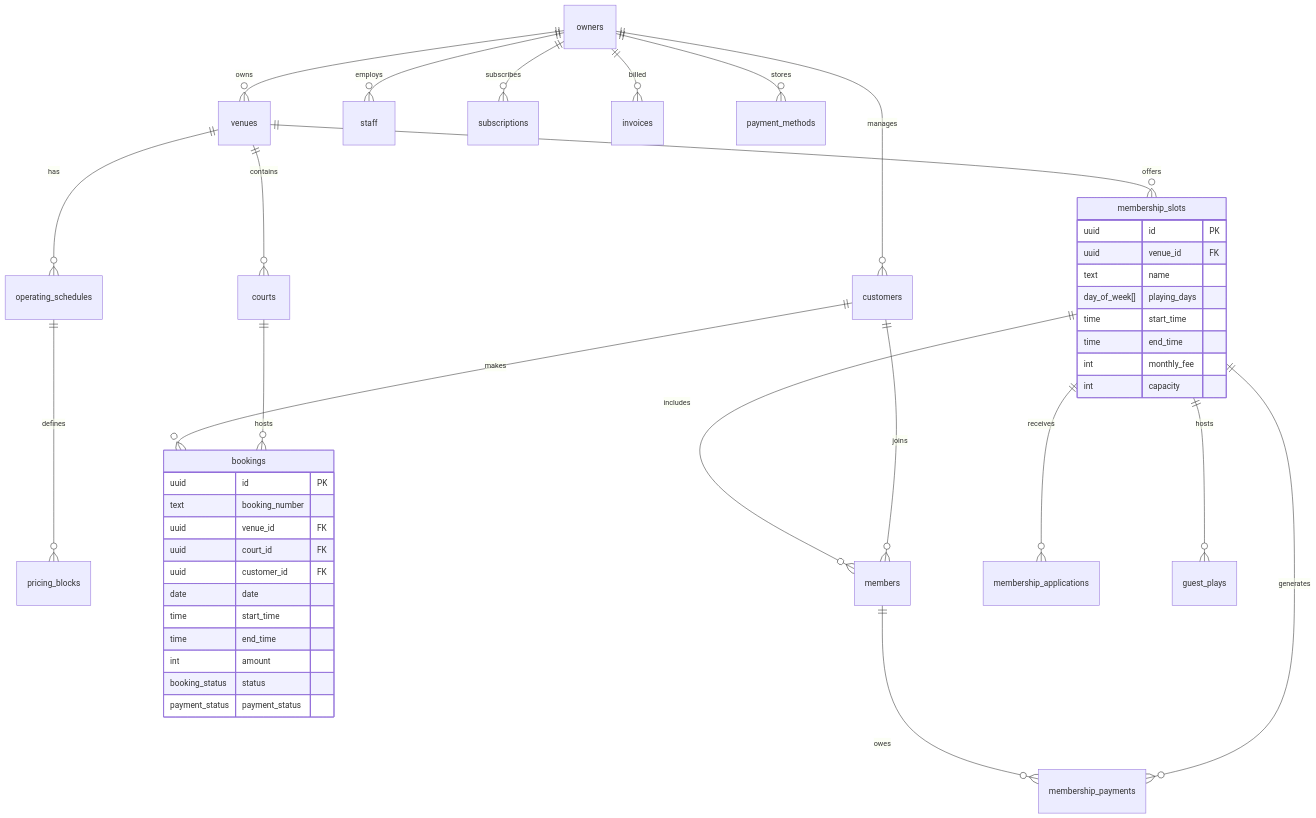
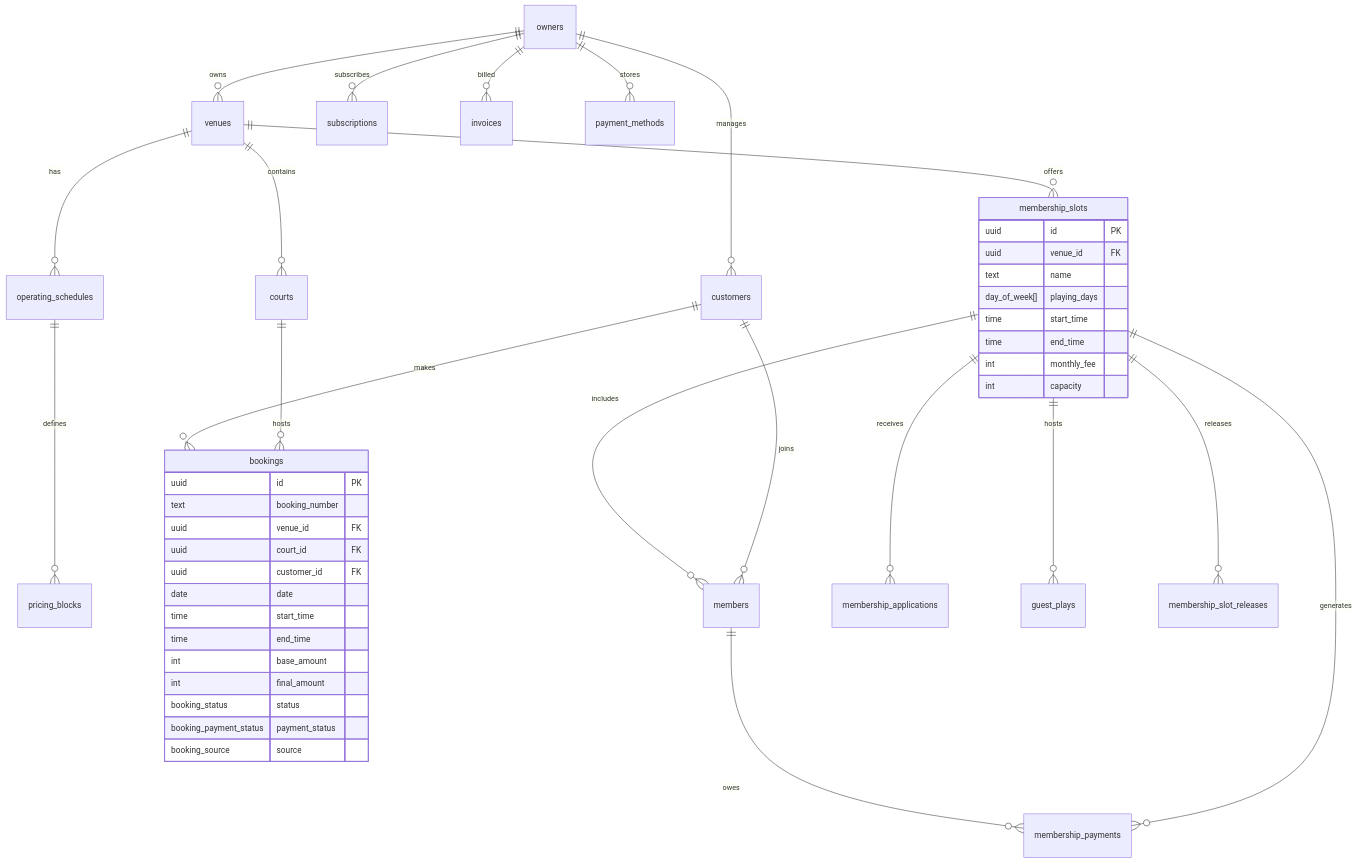
Before and after one commit to CHRISILDAVID/VMS: the diagram in documents/06-database-design.md, drawn with Mermaid. The commit also changed other lines of this file and 10 other files, not shown here.

````diff
--- a/documents/06-database-design.md
+++ b/documents/06-database-design.md
@@ -451,52 +495,54 @@
 ```mermaid
 erDiagram
     owners ||--o{ venues : owns
-    owners ||--o{ staff : employs
     owners ||--o{ customers : manages
     owners ||--o{ subscriptions : subscribes
     owners ||--o{ invoices : billed
     owners ||--o{ payment_methods : stores
 
     venues ||--o{ courts : contains
     venues ||--o{ operating_schedules : has
     venues ||--o{ membership_slots : offers
 
     operating_schedules ||--o{ pricing_blocks : defines
 
     courts ||--o{ bookings : hosts
 
     customers ||--o{ bookings : makes
     customers ||--o{ members : joins
 
     membership_slots ||--o{ members : includes
     membership_slots ||--o{ membership_applications : receives
     membership_slots ||--o{ guest_plays : hosts
     membership_slots ||--o{ membership_payments : generates
+    membership_slots ||--o{ membership_slot_releases : releases
 
     members ||--o{ membership_payments : owes
 
     bookings {
         uuid id PK
         text booking_number
         uuid venue_id FK
         uuid court_id FK
         uuid customer_id FK
         date date
         time start_time
         time end_time
-        int amount
+        int base_amount
+        int final_amount
         booking_status status
-        payment_status payment_status
+        booking_payment_status payment_status
+        booking_source source
     }
 
     membership_slots {
         uuid id PK
         uuid venue_id FK
         text name
         day_of_week[] playing_days
         time start_time
         time end_time
         int monthly_fee
         int capacity
     }
 ```
````
